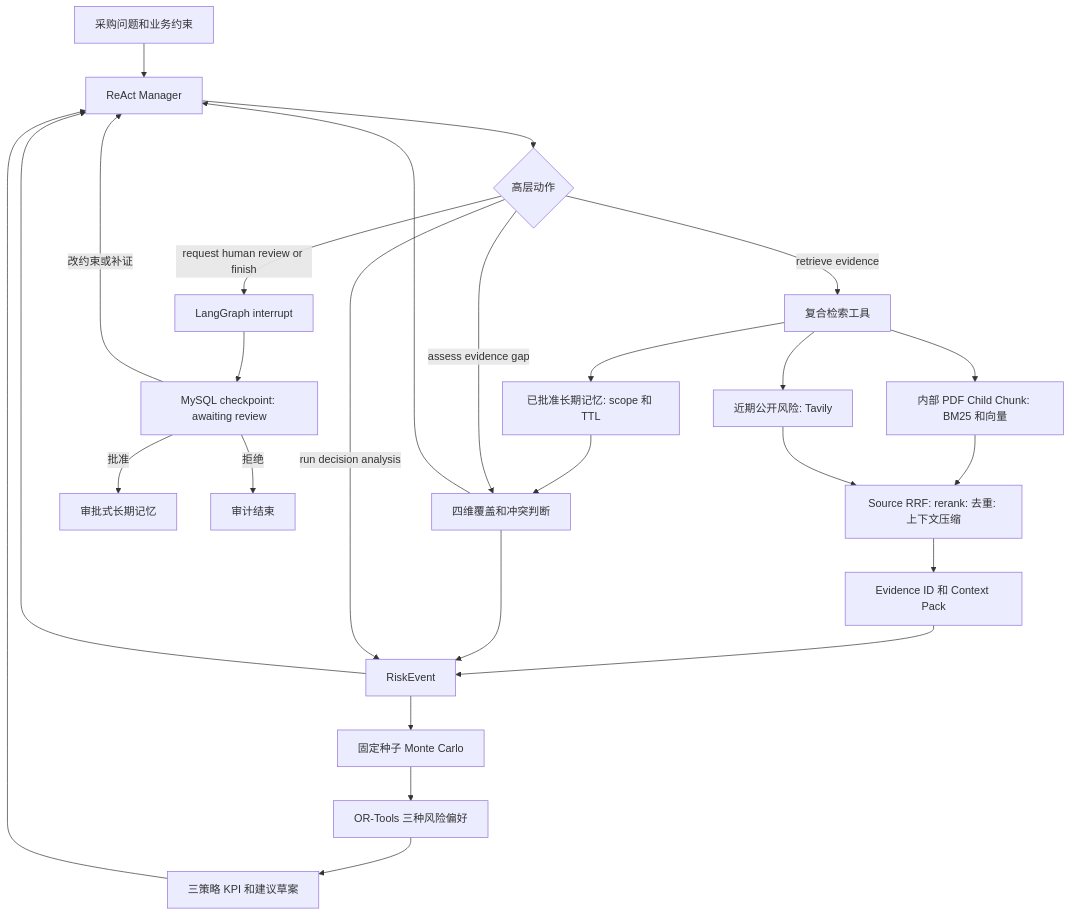
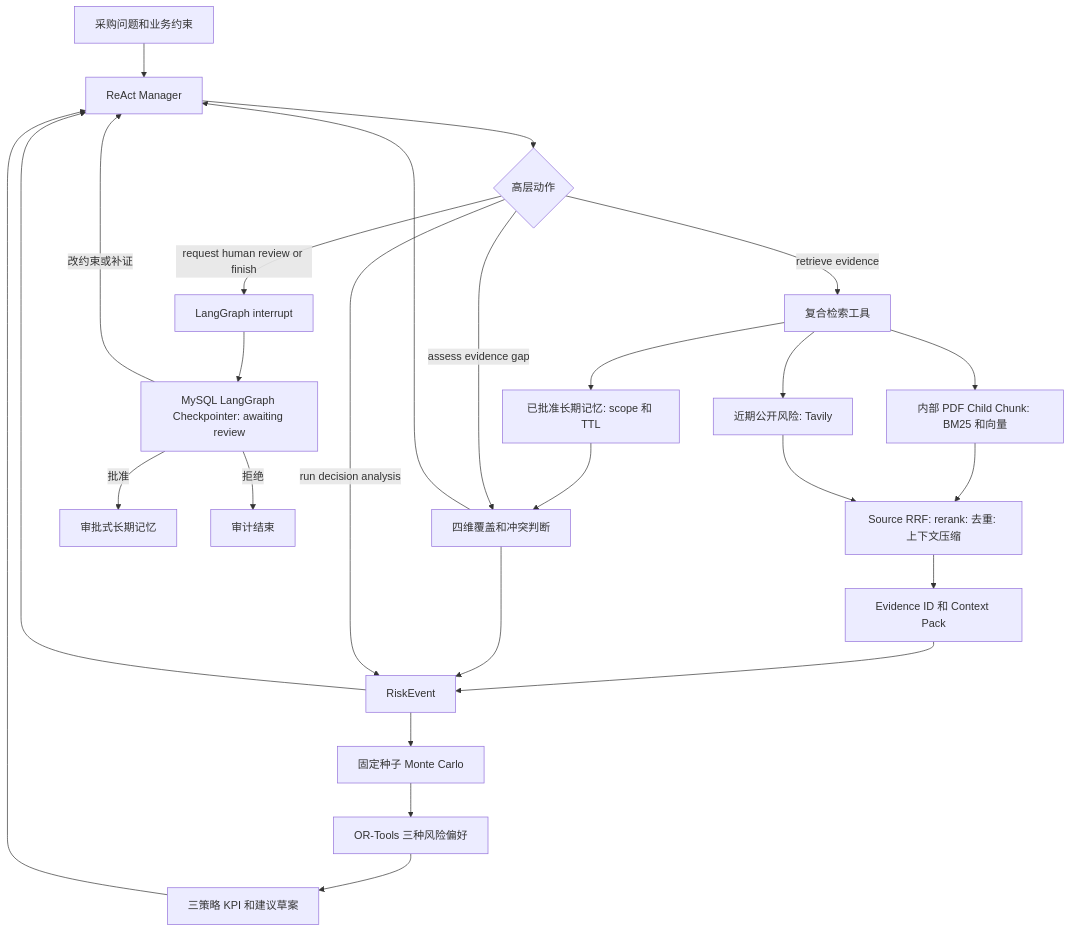
Before and after one commit to zjm1111/storeflow-agent: the diagram in docs/architecture.md, drawn with Mermaid. The commit also changed other lines of this file and 11 other files, not shown here.

````diff
--- a/docs/architecture.md
+++ b/docs/architecture.md
@@ -5,28 +5,28 @@
 ```mermaid
 flowchart TD
   A[采购问题和业务约束] --> B[ReAct Manager]
   B --> C{高层动作}
   C -->|retrieve evidence| D[复合检索工具]
   D --> D1[内部 PDF Child Chunk: BM25 和向量]
   D --> D2[近期公开风险: Tavily]
   D --> D3[已批准长期记忆: scope 和 TTL]
   D1 --> E[Source RRF: rerank: 去重: 上下文压缩]
   D2 --> E
   E --> F[Evidence ID 和 Context Pack]
   D3 --> G[Historical Prior Top-K]
   F --> H[受控 Observation]
   G --> H
   H --> B
   C -->|assess evidence gap| G[四维覆盖和冲突判断]
   G --> B
   C -->|run decision analysis| H[RiskEvent]
   H --> I[固定种子 Monte Carlo]
   I --> J[OR-Tools 三种风险偏好]
   J --> K[三策略 KPI 和建议草案]
   K --> B
   C -->|request human review or finish| L[LangGraph interrupt]
-  L --> M[MySQL checkpoint: awaiting review]
+  L --> M[MySQL LangGraph Checkpointer: awaiting review]
   M -->|批准| N[审批式长期记忆]
   M -->|改约束或补证| B
   M -->|拒绝| O[审计结束]
 ```
````
